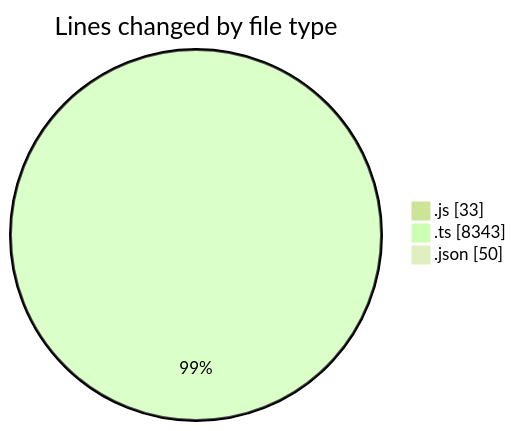
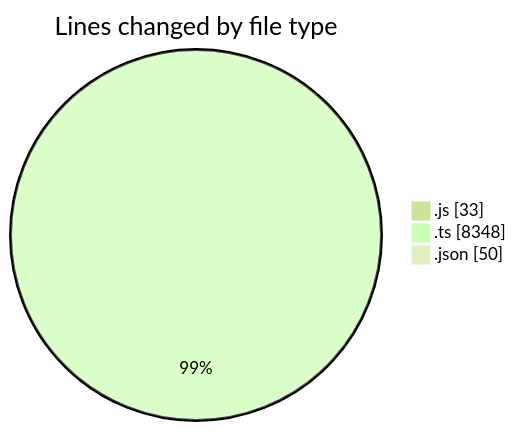
Before and after one commit to momahboobian/code-tracking: the first of 2 diagrams in 2025-09-08/cda/README.md, drawn with Mermaid (forest theme). The commit also changed other lines of this file and 1 other file, not shown here.

````diff
--- a/2025-09-08/cda/README.md
+++ b/2025-09-08/cda/README.md
@@ -25,7 +25,7 @@
 ```mermaid
 pie showData
 title Lines changed by file type
 ".js" : 33
-".ts" : 8343
+".ts" : 8348
 ".json" : 50
 ```
````
